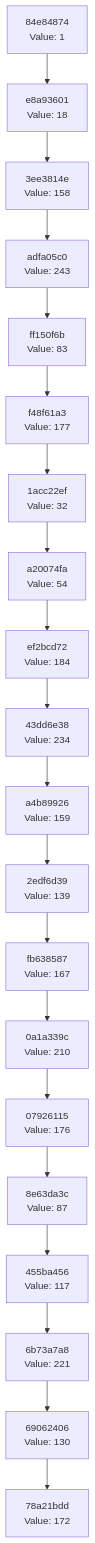
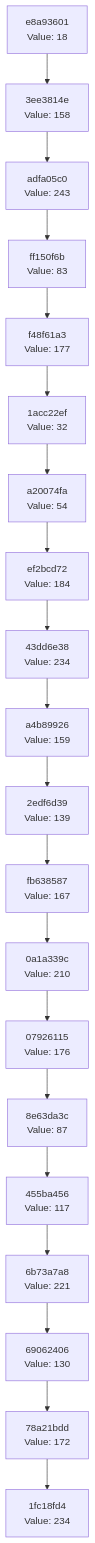
One commit to Abhisheksinha1506/hash-chain-evolver changed the diagram in docs/CHAIN_VISUALIZATION.md. Above: the diagram before and after it, drawn with Mermaid. The commit also changed 2 other files, not shown here.

Commit message:
Evolution Step

````diff
--- a/docs/CHAIN_VISUALIZATION.md
+++ b/docs/CHAIN_VISUALIZATION.md
@@ -3,42 +3,42 @@
 ```mermaid
 graph TD
-    C0["78a21bdd<br/>Value: 172"]
-    C1["69062406<br/>Value: 130"]
+    C0["1fc18fd4<br/>Value: 234"]
+    C1["78a21bdd<br/>Value: 172"]
     C1 --> C0
-    C2["6b73a7a8<br/>Value: 221"]
+    C2["69062406<br/>Value: 130"]
     C2 --> C1
-    C3["455ba456<br/>Value: 117"]
+    C3["6b73a7a8<br/>Value: 221"]
     C3 --> C2
-    C4["8e63da3c<br/>Value: 87"]
+    C4["455ba456<br/>Value: 117"]
     C4 --> C3
-    C5["07926115<br/>Value: 176"]
+    C5["8e63da3c<br/>Value: 87"]
     C5 --> C4
-    C6["0a1a339c<br/>Value: 210"]
+    C6["07926115<br/>Value: 176"]
     C6 --> C5
-    C7["fb638587<br/>Value: 167"]
+    C7["0a1a339c<br/>Value: 210"]
     C7 --> C6
-    C8["2edf6d39<br/>Value: 139"]
+    C8["fb638587<br/>Value: 167"]
     C8 --> C7
-    C9["a4b89926<br/>Value: 159"]
+    C9["2edf6d39<br/>Value: 139"]
     C9 --> C8
-    C10["43dd6e38<br/>Value: 234"]
+    C10["a4b89926<br/>Value: 159"]
     C10 --> C9
-    C11["ef2bcd72<br/>Value: 184"]
+    C11["43dd6e38<br/>Value: 234"]
     C11 --> C10
-    C12["a20074fa<br/>Value: 54"]
+    C12["ef2bcd72<br/>Value: 184"]
     C12 --> C11
-    C13["1acc22ef<br/>Value: 32"]
+    C13["a20074fa<br/>Value: 54"]
     C13 --> C12
-    C14["f48f61a3<br/>Value: 177"]
+    C14["1acc22ef<br/>Value: 32"]
     C14 --> C13
-    C15["ff150f6b<br/>Value: 83"]
+    C15["f48f61a3<br/>Value: 177"]
     C15 --> C14
-    C16["adfa05c0<br/>Value: 243"]
+    C16["ff150f6b<br/>Value: 83"]
     C16 --> C15
-    C17["3ee3814e<br/>Value: 158"]
+    C17["adfa05c0<br/>Value: 243"]
     C17 --> C16
-    C18["e8a93601<br/>Value: 18"]
+    C18["3ee3814e<br/>Value: 158"]
     C18 --> C17
-    C19["84e84874<br/>Value: 1"]
+    C19["e8a93601<br/>Value: 18"]
     C19 --> C18
 ```
````
